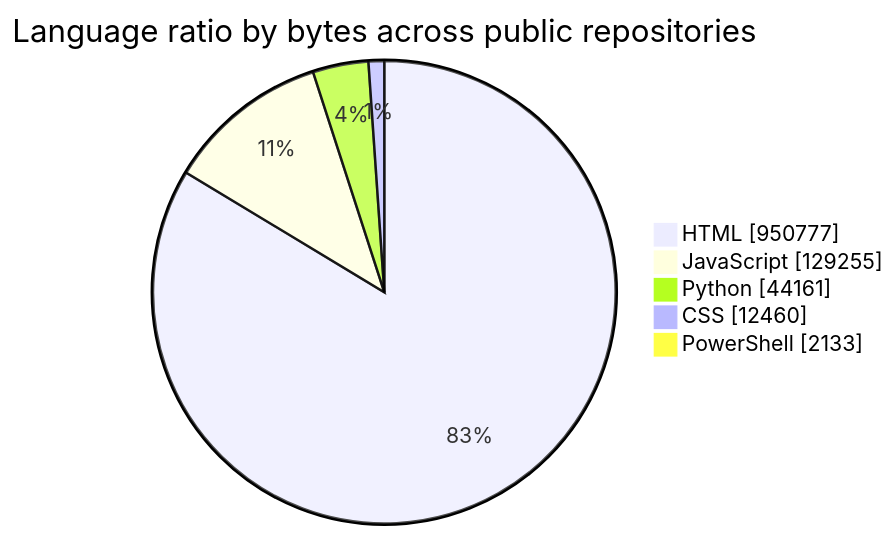
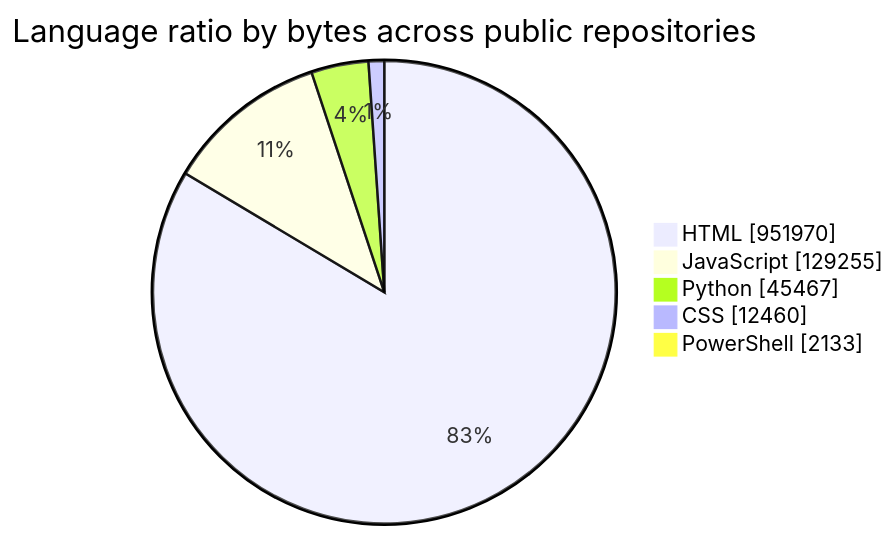
Before and after one commit to tchinso/tchinso: the diagram in README.md, drawn with Mermaid. The commit also changed other lines of this file, not shown here.

````diff
--- a/README.md
+++ b/README.md
@@ -29,9 +29,9 @@
 ```mermaid
 pie showData
     title Language ratio by bytes across public repositories
-    "HTML" : 950777
+    "HTML" : 951970
     "JavaScript" : 129255
-    "Python" : 44161
+    "Python" : 45467
     "CSS" : 12460
     "PowerShell" : 2133
 ```
````
